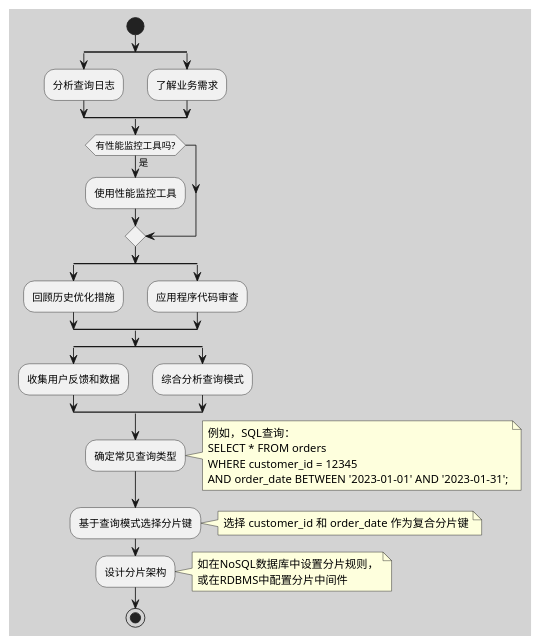
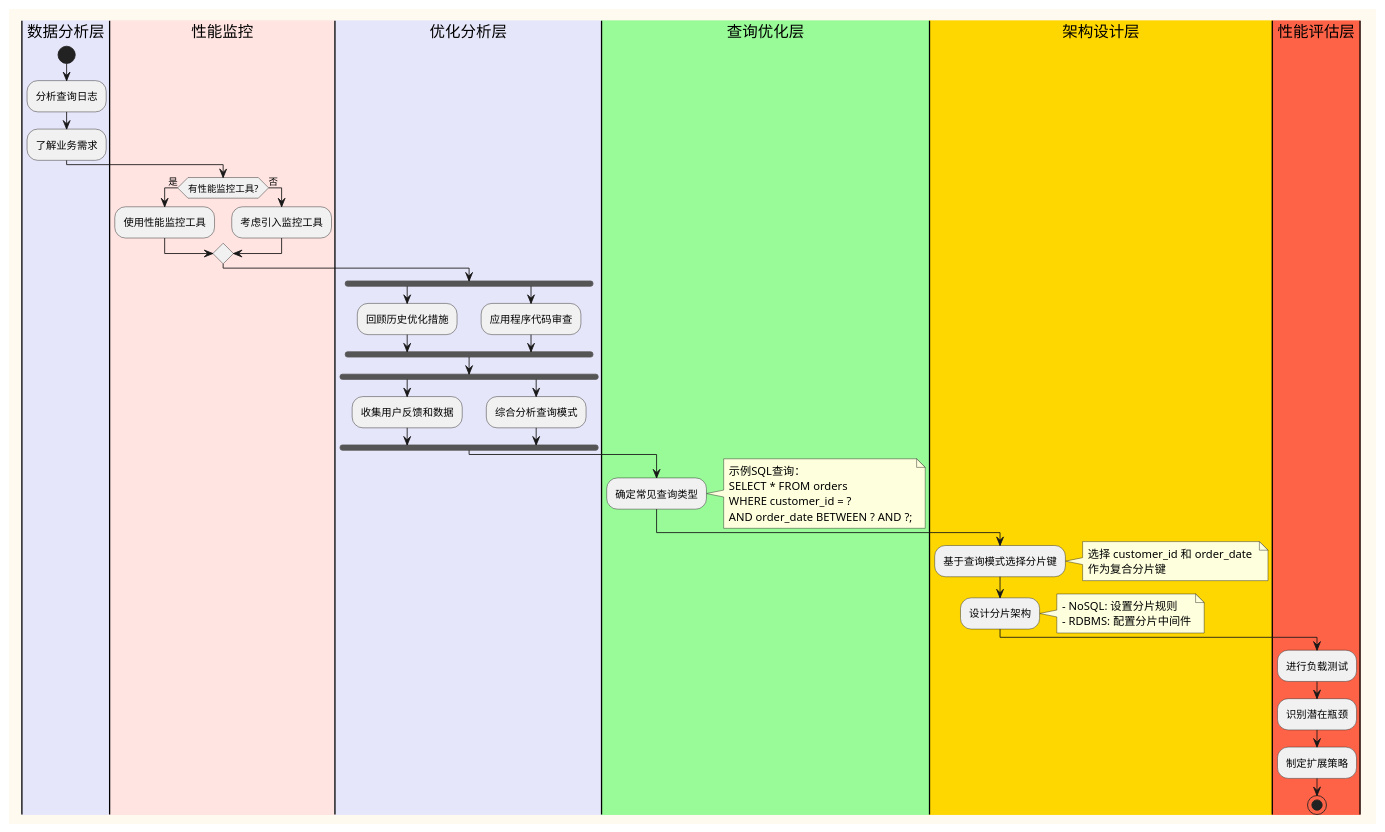
The diagram in architecture_diagrams/database_sharding_analysis.puml (huangyingw/system_design), drawn with PlantUML before and after one commit.

```diff
--- a/architecture_diagrams/database_sharding_analysis.puml
+++ b/architecture_diagrams/database_sharding_analysis.puml
@@ -1,39 +1,58 @@
 @startuml
-skinparam backgroundColor #D3D3D3
+skinparam backgroundColor #FFFAF0
+skinparam linetype ortho
+
+|#E6E6FA|数据分析层|
 start
-split
 :分析查询日志;
-split again
 :了解业务需求;
-end split
-if (有性能监控工具吗?) then (是)
+
+|#FFE4E1|性能监控|
+if (有性能监控工具?) then (是)
   :使用性能监控工具;
+else (否)
+  :考虑引入监控工具;
 endif
-split
-:回顾历史优化措施;
-split again
-:应用程序代码审查;
-end split
-split
-:收集用户反馈和数据;
-split again
-:综合分析查询模式;
-end split
+
+|#E6E6FA|优化分析层|
+fork
+  :回顾历史优化措施;
+fork again
+  :应用程序代码审查;
+end fork
+
+fork
+  :收集用户反馈和数据;
+fork again
+  :综合分析查询模式;
+end fork
+
+|#98FB98|查询优化层|
 :确定常见查询类型;
 note right
-  例如，SQL查询：
+  示例SQL查询：
   SELECT * FROM orders 
-  WHERE customer_id = 12345 
-  AND order_date BETWEEN '2023-01-01' AND '2023-01-31';
+  WHERE customer_id = ? 
+  AND order_date BETWEEN ? AND ?;
 end note
+
+|#FFD700|架构设计层|
 :基于查询模式选择分片键;
 note right
-  选择 customer_id 和 order_date 作为复合分片键
+  选择 customer_id 和 order_date 
+  作为复合分片键
 end note
+
 :设计分片架构;
 note right
-  如在NoSQL数据库中设置分片规则，
-  或在RDBMS中配置分片中间件
+  - NoSQL: 设置分片规则
+  - RDBMS: 配置分片中间件
 end note
+
+|#FF6347|性能评估层|
+:进行负载测试;
+:识别潜在瓶颈;
+:制定扩展策略;
+
 stop
 @enduml
```
